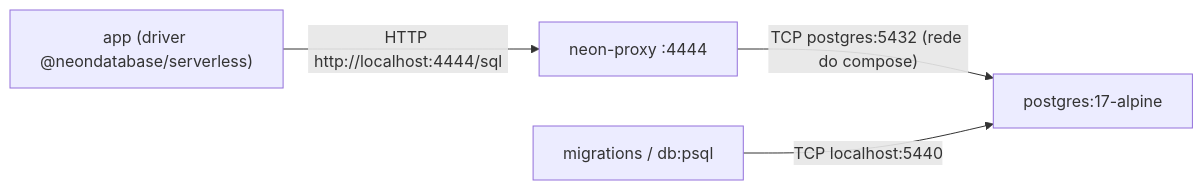
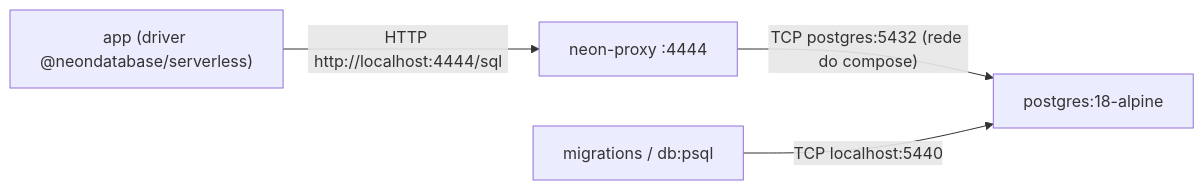
The diagram in docs/operacao.md (Willsmt/roseshop), drawn with Mermaid before and after one commit. The commit also changed other lines of this file and 5 other files, not shown here.

````diff
--- a/docs/operacao.md
+++ b/docs/operacao.md
@@ -68,6 +69,6 @@
 ```mermaid
 graph LR
   App["app (driver @neondatabase/serverless)"] -->|"HTTP http://localhost:4444/sql"| P["neon-proxy :4444"]
-  P -->|"TCP postgres:5432 (rede do compose)"| DB["postgres:17-alpine"]
+  P -->|"TCP postgres:5432 (rede do compose)"| DB["postgres:18-alpine"]
   M["migrations / db:psql"] -->|"TCP localhost:5440"| DB
 ```
````
